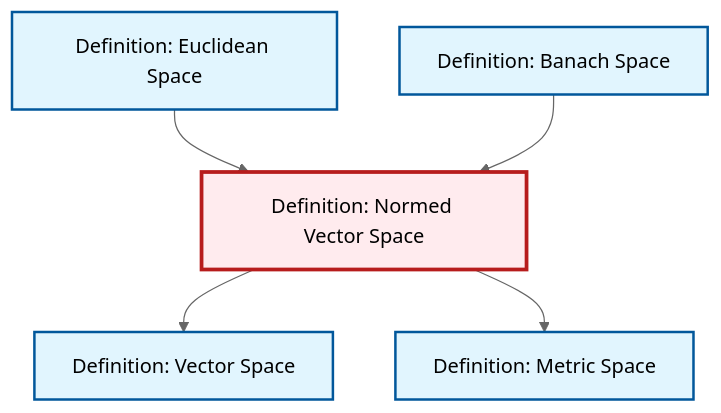
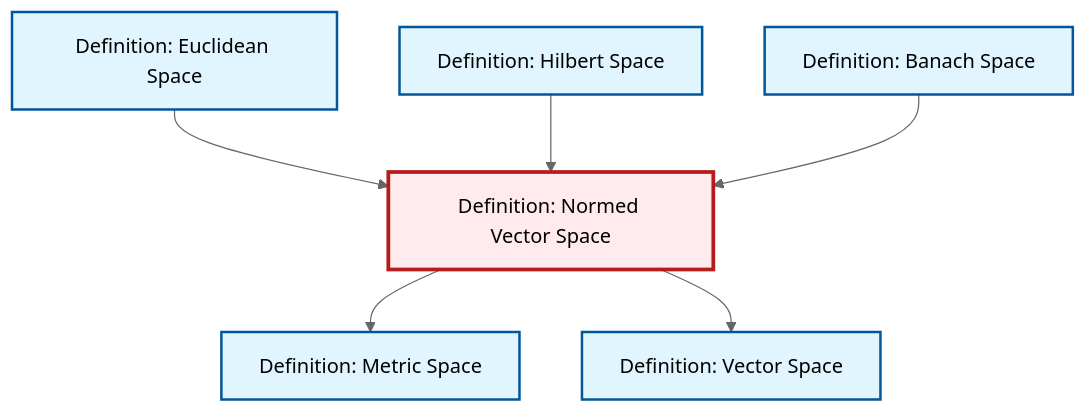
The diagram in content/ja/analysis/def-normed-vector-space.qmd (RK0429/ModernMath), drawn with Mermaid (neutral theme) before and after one commit. The commit also changed 597 other files, not shown here.

````diff
--- a/content/ja/analysis/def-normed-vector-space.qmd
+++ b/content/ja/analysis/def-normed-vector-space.qmd
@@ -132,23 +132,26 @@
 ```{mermaid}
 %%| fig-cap: "Local dependency graph"
 graph TD
     classDef definition fill:#e1f5fe,stroke:#01579b,stroke-width:2px
     classDef theorem fill:#f3e5f5,stroke:#4a148c,stroke-width:2px
     classDef axiom fill:#fff3e0,stroke:#e65100,stroke-width:2px
     classDef example fill:#e8f5e9,stroke:#1b5e20,stroke-width:2px
     classDef current fill:#ffebee,stroke:#b71c1c,stroke-width:3px
+    def-euclidean-space["Definition: Euclidean Space"]:::definition
     def-vector-space["Definition: Vector Space"]:::definition
+    def-metric-space["Definition: Metric Space"]:::definition
+    def-banach-space["Definition: Banach Space"]:::definition
     def-normed-vector-space["Definition: Normed Vector Space"]:::definition
-    def-euclidean-space["Definition: Euclidean Space"]:::definition
-    def-banach-space["Definition: Banach Space"]:::definition
-    def-metric-space["Definition: Metric Space"]:::definition
+    def-hilbert-space["Definition: Hilbert Space"]:::definition
+    def-normed-vector-space --> def-metric-space
+    def-normed-vector-space --> def-vector-space
     def-euclidean-space --> def-normed-vector-space
+    def-hilbert-space --> def-normed-vector-space
     def-banach-space --> def-normed-vector-space
-    def-normed-vector-space --> def-vector-space
-    def-normed-vector-space --> def-metric-space
     class def-normed-vector-space current
+    click def-euclidean-space "def-euclidean-space.html" "Definition: Euclidean Spaceへ"
     click def-vector-space "def-vector-space.html" "Definition: Vector Spaceへ"
-    click def-euclidean-space "def-euclidean-space.html" "Definition: Euclidean Spaceへ"
+    click def-metric-space "def-metric-space.html" "Definition: Metric Spaceへ"
     click def-banach-space "def-banach-space.html" "Definition: Banach Spaceへ"
-    click def-metric-space "def-metric-space.html" "Definition: Metric Spaceへ"
+    click def-hilbert-space "def-hilbert-space.html" "Definition: Hilbert Spaceへ"
 ```
````
